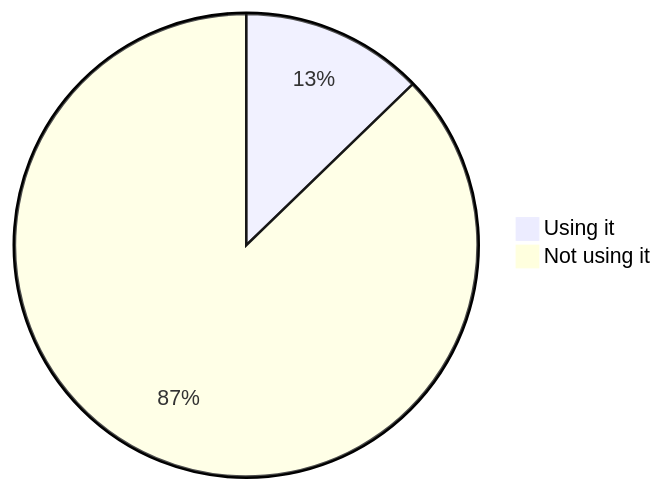
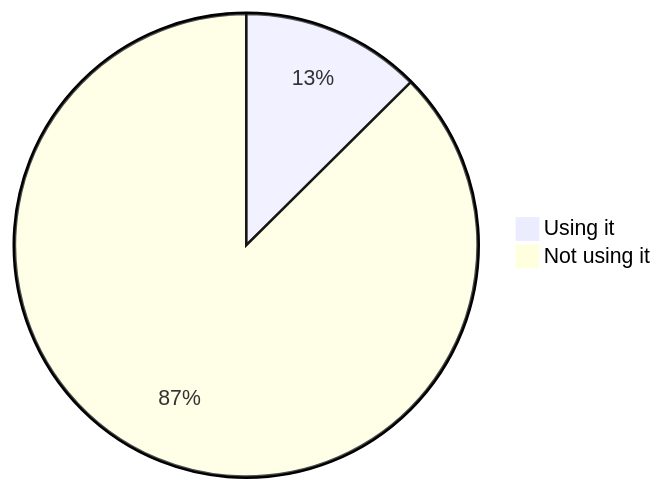
Before and after one commit to oshp/oshp-stats: diagram 13 of 22 in stats.md, drawn with Mermaid. The commit also changed other lines of this file, not shown here.

````diff
--- a/stats.md
+++ b/stats.md
@@ -154,6 +154,6 @@
 ```mermaid
 pie
-	"Using it" : 12.76
-	"Not using it" : 87.24
+	"Using it" : 12.57
+	"Not using it" : 87.43
 
 ```
````
